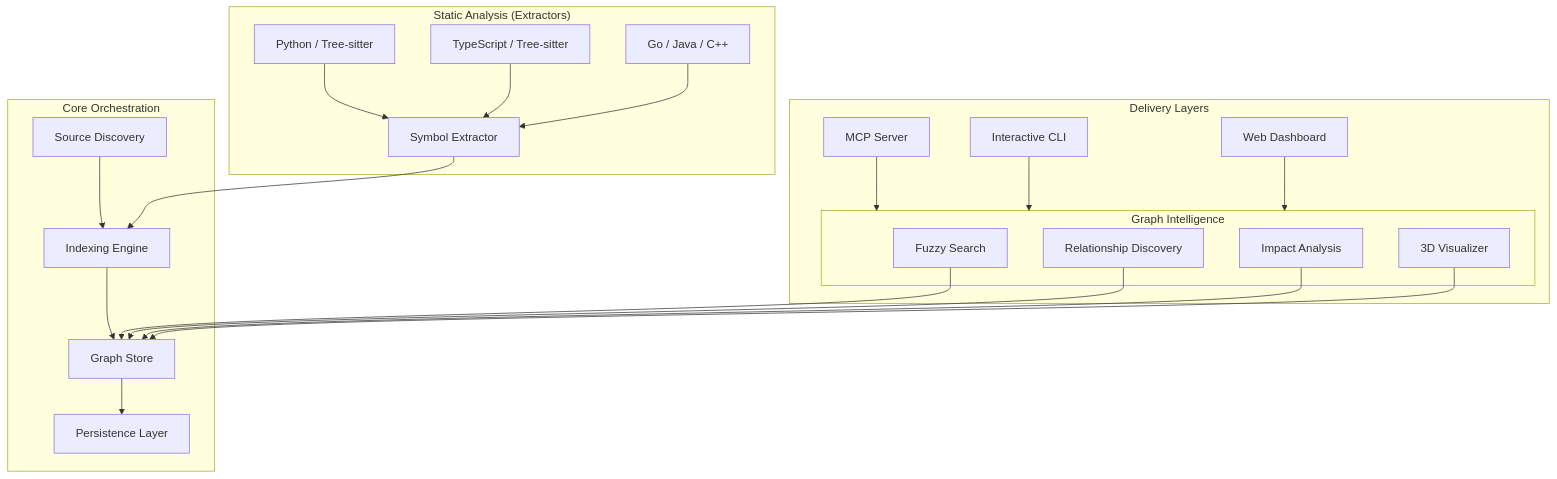
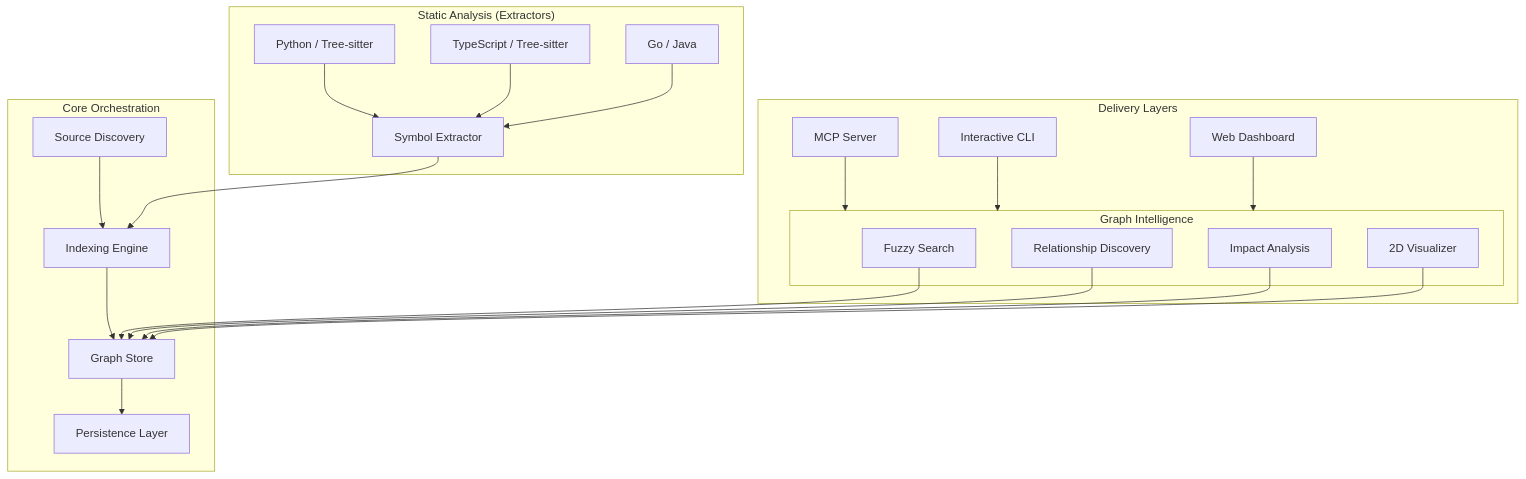
The diagram in docs/architecture.md (anismabaziz/saurix), drawn with Mermaid before and after one commit. The commit also changed other lines of this file and 59 other files, not shown here.

````diff
--- a/docs/architecture.md
+++ b/docs/architecture.md
@@ -9,28 +9,28 @@
 ```mermaid
 flowchart TD
     subgraph core ["Core Orchestration"]
         A[Indexing Engine] --> B[Graph Store]
         B --> C[Persistence Layer]
         D[Source Discovery] --> A
     end
 
     subgraph analysis ["Static Analysis (Extractors)"]
         E[Symbol Extractor] --> A
         F[Python / Tree-sitter] --> E
         G[TypeScript / Tree-sitter] --> E
-        H[Go / Java / C++] --> E
+        H[Go / Java] --> E
     end
 
     subgraph discovery ["Graph Intelligence"]
         I[Fuzzy Search] --> B
         J[Relationship Discovery] --> B
         K[Impact Analysis] --> B
-        L[3D Visualizer] --> B
+        L[2D Visualizer] --> B
     end
 
     subgraph interface ["Delivery Layers"]
         M[MCP Server] --> discovery
         N[Interactive CLI] --> discovery
         O[Web Dashboard] --> discovery
     end
 ```
````
